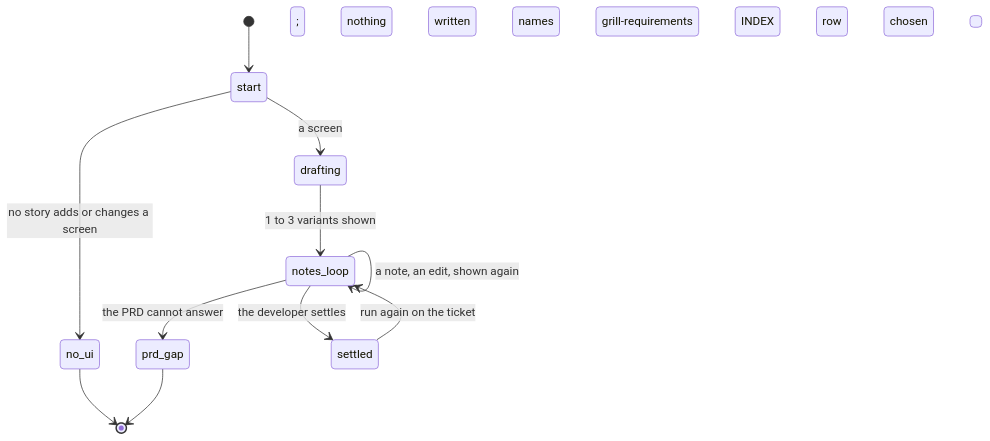
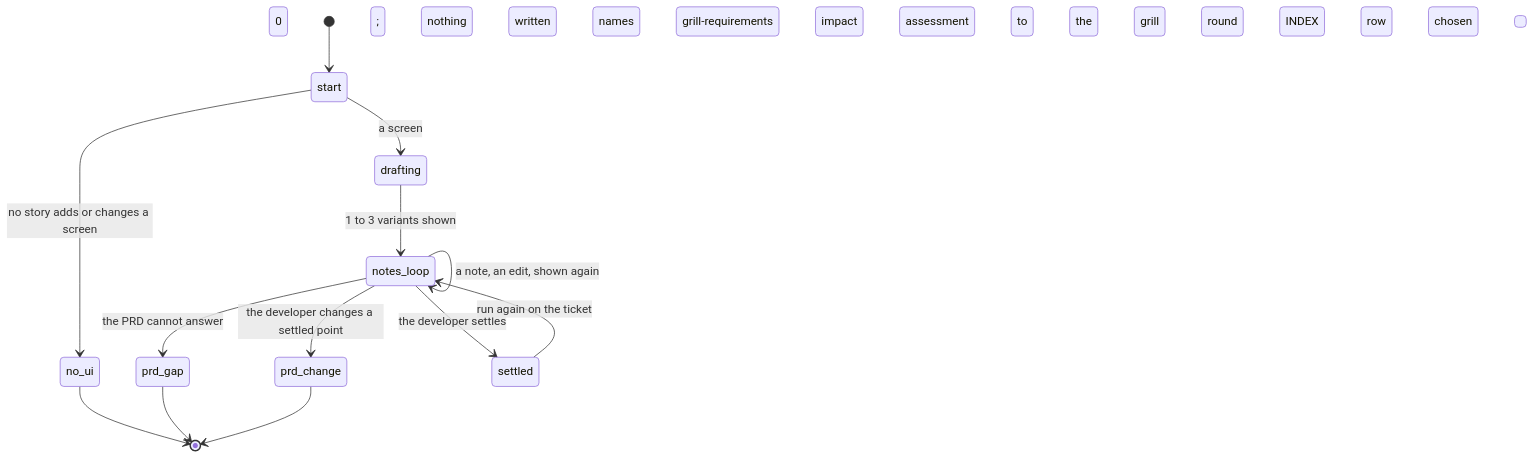
One commit to midnightblur/afk-driver changed the third of 5 diagrams in docs/afk/207/SDD.md. Above: the diagram before and after it, drawn with Mermaid. The commit also changed other lines of this file and 2 other files, not shown here.

````diff
--- a/docs/afk/207/SDD.md
+++ b/docs/afk/207/SDD.md
@@ -184,13 +184,15 @@
 ```mermaid
 stateDiagram-v2
   [*] --> start
   start --> no_ui: no story adds or changes a screen; nothing written
   start --> drafting: a screen
   drafting --> notes_loop: 1 to 3 variants shown
   notes_loop --> notes_loop: a note, an edit, shown again
   notes_loop --> prd_gap: the PRD cannot answer; names /afkv2:grill-requirements
+  notes_loop --> prd_change: the developer changes a settled point; impact assessment to the grill round 0
   notes_loop --> settled: the developer settles; INDEX row chosen <date>
   settled --> notes_loop: run again on the ticket
   no_ui --> [*]
   prd_gap --> [*]
+  prd_change --> [*]
 ```
````
